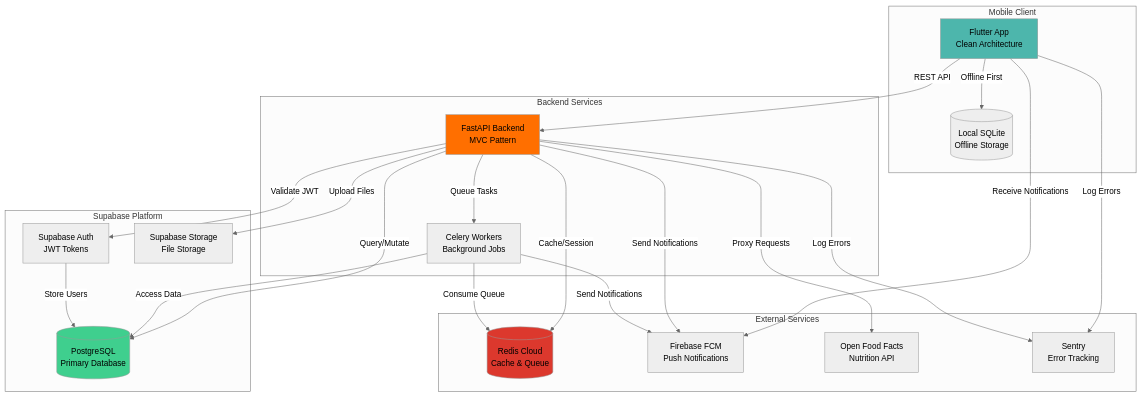
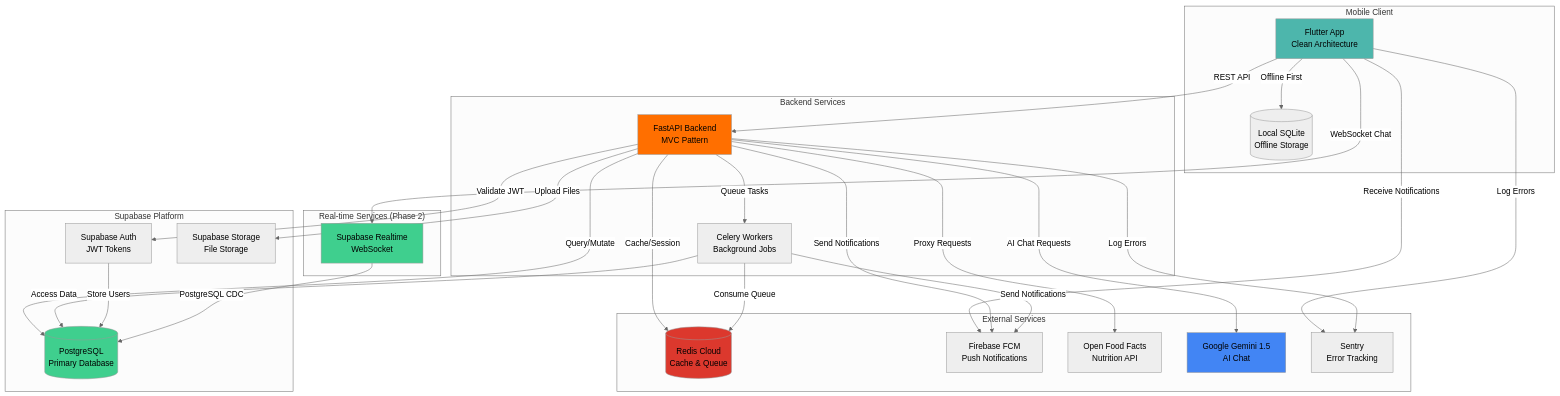
The second of 7 diagrams in docs/architecture.md (AdibOmi/Pump-Fiction), drawn with Mermaid (neutral theme) before and after one commit. The commit also changed other lines of this file and 15 other files, not shown here.

````diff
--- a/docs/architecture.md
+++ b/docs/architecture.md
@@ -836,50 +1198,60 @@
 ```mermaid
 graph TB
     subgraph "Mobile Client"
         FlutterApp[Flutter App<br/>Clean Architecture]
         SQLite[(Local SQLite<br/>Offline Storage)]
     end
 
     subgraph "Backend Services"
         FastAPI[FastAPI Backend<br/>MVC Pattern]
         Celery[Celery Workers<br/>Background Jobs]
     end
 
     subgraph "Supabase Platform"
         SupaAuth[Supabase Auth<br/>JWT Tokens]
         SupaDB[(PostgreSQL<br/>Primary Database)]
         SupaStorage[Supabase Storage<br/>File Storage]
     end
 
     subgraph "External Services"
         Redis[(Redis Cloud<br/>Cache & Queue)]
         FCM[Firebase FCM<br/>Push Notifications]
         OpenFood[Open Food Facts<br/>Nutrition API]
+        Gemini[Google Gemini 1.5<br/>AI Chat]
         Sentry[Sentry<br/>Error Tracking]
     end
 
+    subgraph "Real-time Services (Phase 2)"
+        SupaRealtime[Supabase Realtime<br/>WebSocket]
+    end
+
     FlutterApp -->|REST API| FastAPI
+    FlutterApp -->|WebSocket Chat| SupaRealtime
     FlutterApp -->|Offline First| SQLite
     FlutterApp -->|Receive Notifications| FCM
     FlutterApp -->|Log Errors| Sentry
 
     FastAPI -->|Validate JWT| SupaAuth
     FastAPI -->|Query/Mutate| SupaDB
     FastAPI -->|Upload Files| SupaStorage
     FastAPI -->|Cache/Session| Redis
     FastAPI -->|Queue Tasks| Celery
     FastAPI -->|Send Notifications| FCM
     FastAPI -->|Proxy Requests| OpenFood
+    FastAPI -->|AI Chat Requests| Gemini
     FastAPI -->|Log Errors| Sentry
 
     Celery -->|Consume Queue| Redis
     Celery -->|Access Data| SupaDB
     Celery -->|Send Notifications| FCM
 
     SupaAuth -->|Store Users| SupaDB
+    SupaRealtime -->|PostgreSQL CDC| SupaDB
 
     style FlutterApp fill:#4DB6AC
     style FastAPI fill:#FF6F00
     style SupaDB fill:#3FCF8E
     style Redis fill:#DC382D
+    style Gemini fill:#4285F4
+    style SupaRealtime fill:#3FCF8E
 ```
````
